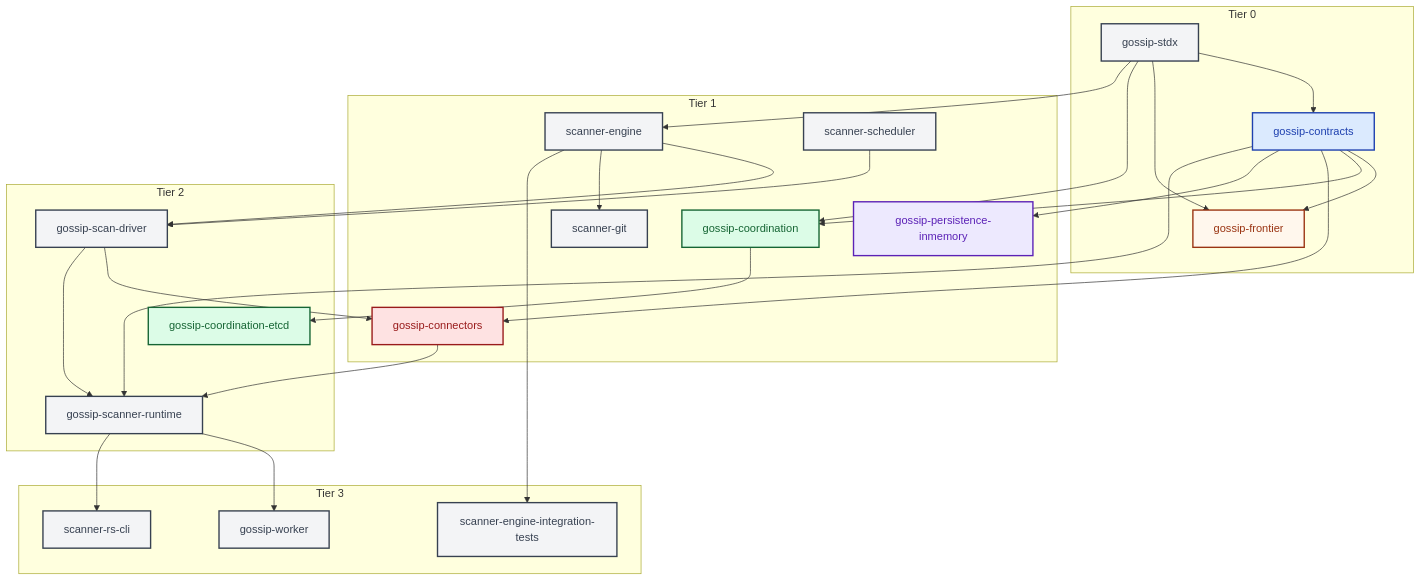
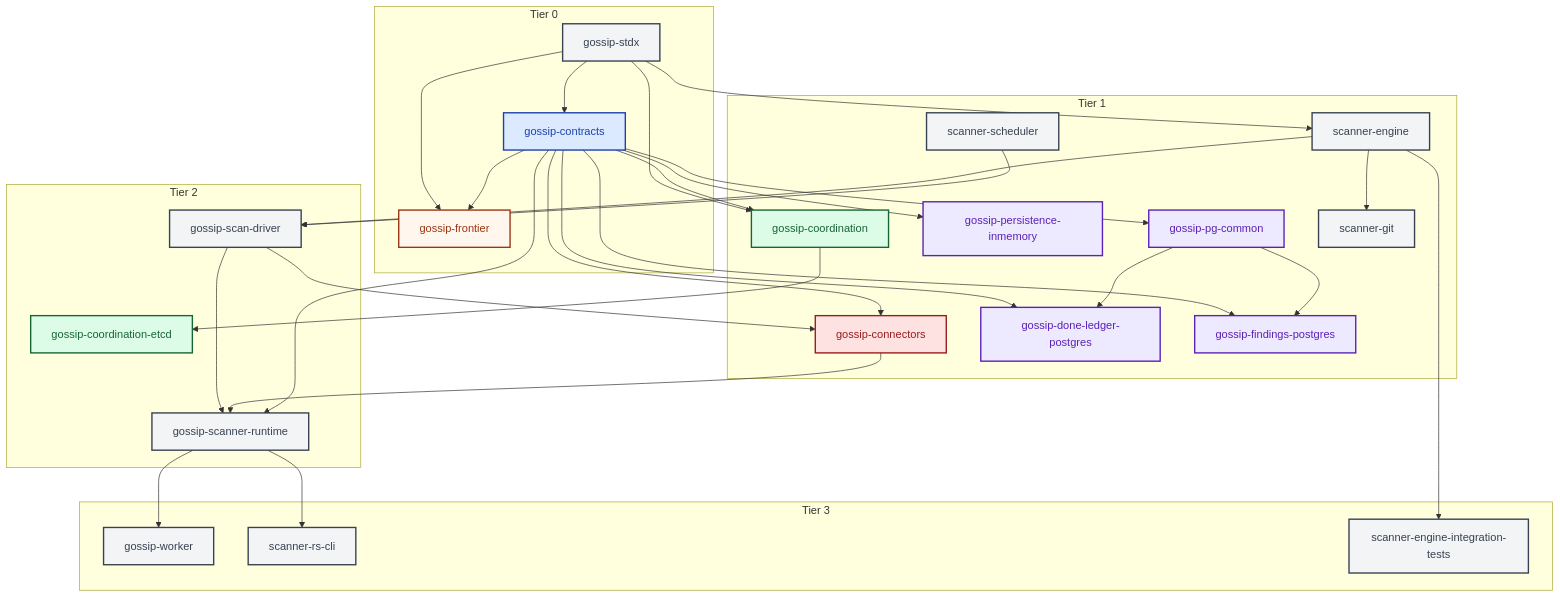
Before and after one commit to ahrav/Gossip-rs: the fourth of 4 diagrams in diagrams/01-system-overview.md, drawn with Mermaid. The commit also changed other lines of this file and 3 other files, not shown here.

First line of the commit message:
Add diagrams for PostgreSQL backends

````diff
--- a/diagrams/01-system-overview.md
+++ b/diagrams/01-system-overview.md
@@ -261,66 +283,77 @@
 ```mermaid
 %% Diagram: build-dag
 graph TD
     subgraph "Tier 0"
         stdx["gossip-stdx"]
         contracts["gossip-contracts"]
         frontier["gossip-frontier"]
     end
 
     subgraph "Tier 1"
         coordination["gossip-coordination"]
         connectors["gossip-connectors"]
         persistence_inmem["gossip-persistence-inmemory"]
+        pg_common["gossip-pg-common"]
+        done_ledger_pg["gossip-done-ledger-postgres"]
+        findings_pg["gossip-findings-postgres"]
         scanner_engine["scanner-engine"]
         scanner_scheduler["scanner-scheduler"]
         scanner_git["scanner-git"]
     end
 
     subgraph "Tier 2"
         coordination_etcd["gossip-coordination-etcd"]
         scan_driver["gossip-scan-driver"]
         runtime["gossip-scanner-runtime"]
     end
 
     subgraph "Tier 3"
         worker["gossip-worker"]
         cli["scanner-rs-cli"]
         integration_tests["scanner-engine-integration-tests"]
     end
 
     stdx --> contracts
     stdx --> frontier
     stdx --> coordination
     stdx --> scanner_engine
     contracts --> frontier
     contracts --> coordination
     contracts --> connectors
     contracts --> persistence_inmem
+    contracts --> pg_common
+    contracts --> done_ledger_pg
+    contracts --> findings_pg
+    pg_common --> done_ledger_pg
+    pg_common --> findings_pg
     coordination --> coordination_etcd
     scanner_engine --> scan_driver
     scanner_scheduler --> scan_driver
     scan_driver --> connectors
     scanner_engine --> scanner_git
     scan_driver --> runtime
     connectors --> runtime
     contracts --> runtime
     runtime --> worker
     runtime --> cli
     scanner_engine --> integration_tests
 
     style stdx fill:#F3F4F6,stroke:#374151,stroke-width:2px,color:#374151
     style contracts fill:#DBEAFE,stroke:#1E40AF,stroke-width:2px,color:#1E40AF
     style frontier fill:#FFF7ED,stroke:#9A3412,stroke-width:2px,color:#9A3412
     style coordination fill:#DCFCE7,stroke:#166534,stroke-width:2px,color:#166534
     style connectors fill:#FEE2E2,stroke:#991B1B,stroke-width:2px,color:#991B1B
     style scan_driver fill:#F3F4F6,stroke:#374151,stroke-width:2px,color:#374151
     style scanner_engine fill:#F3F4F6,stroke:#374151,stroke-width:2px,color:#374151
     style scanner_scheduler fill:#F3F4F6,stroke:#374151,stroke-width:2px,color:#374151
     style scanner_git fill:#F3F4F6,stroke:#374151,stroke-width:2px,color:#374151
     style runtime fill:#F3F4F6,stroke:#374151,stroke-width:2px,color:#374151
     style worker fill:#F3F4F6,stroke:#374151,stroke-width:2px,color:#374151
     style cli fill:#F3F4F6,stroke:#374151,stroke-width:2px,color:#374151
     style coordination_etcd fill:#DCFCE7,stroke:#166534,stroke-width:2px,color:#166534
     style persistence_inmem fill:#EDE9FE,stroke:#5B21B6,stroke-width:2px,color:#5B21B6
+    style pg_common fill:#EDE9FE,stroke:#5B21B6,stroke-width:2px,color:#5B21B6
+    style done_ledger_pg fill:#EDE9FE,stroke:#5B21B6,stroke-width:2px,color:#5B21B6
+    style findings_pg fill:#EDE9FE,stroke:#5B21B6,stroke-width:2px,color:#5B21B6
     style integration_tests fill:#F3F4F6,stroke:#374151,stroke-width:2px,color:#374151
 ```
````
